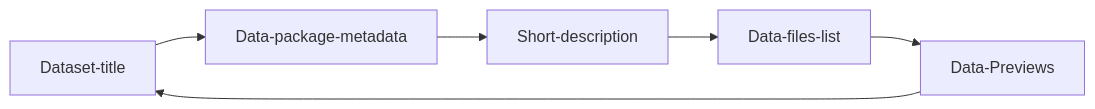
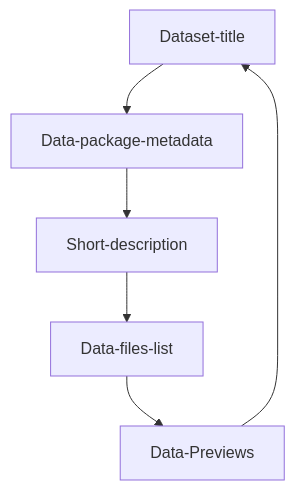
One commit to Daniellappv/datahub-cloud-template-newest changed the first of 2 diagrams in README.md. Above: the diagram before and after it, drawn with Mermaid. The commit also changed other lines of this file, not shown here.

````diff
--- a/README.md
+++ b/README.md
@@ -23,8 +23,8 @@
 ```mermaid
-  graph LR;
+  graph TD;
       Dataset-title-->Data-package-metadata
       Data-package-metadata-->Short-description;
       Short-description-->Data-files-list;
       Data-files-list-->Data-Previews;
       Data-Previews-->Dataset-title
 ```
````
